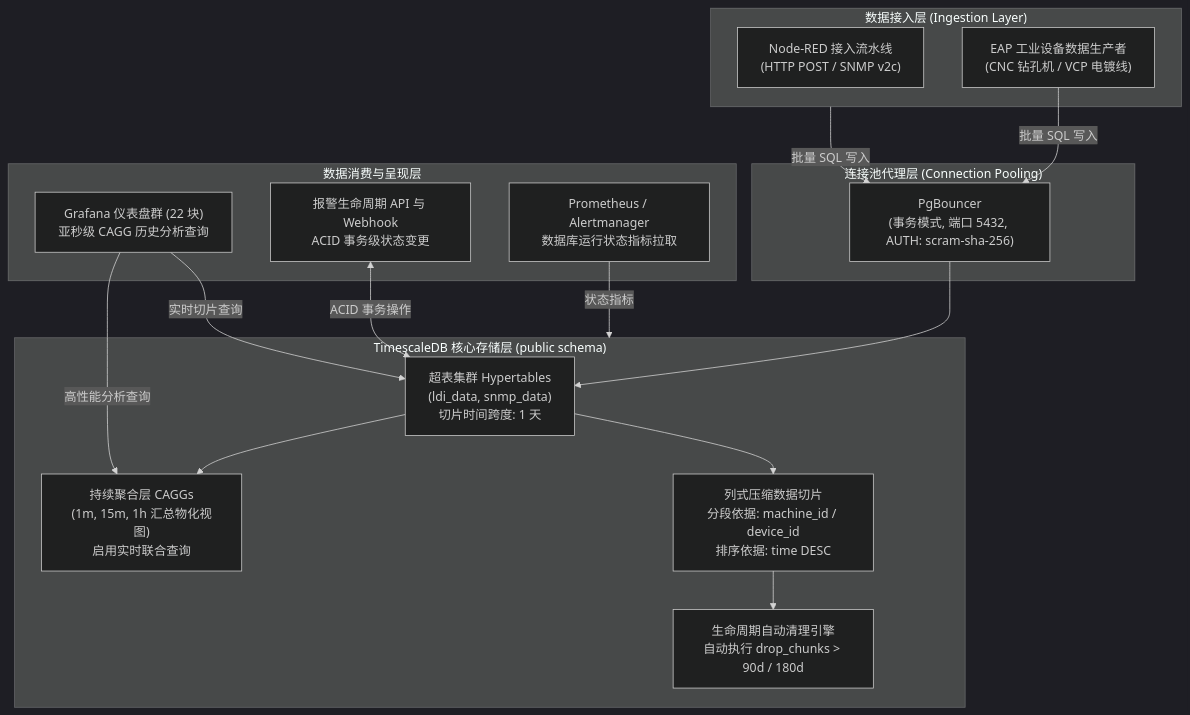
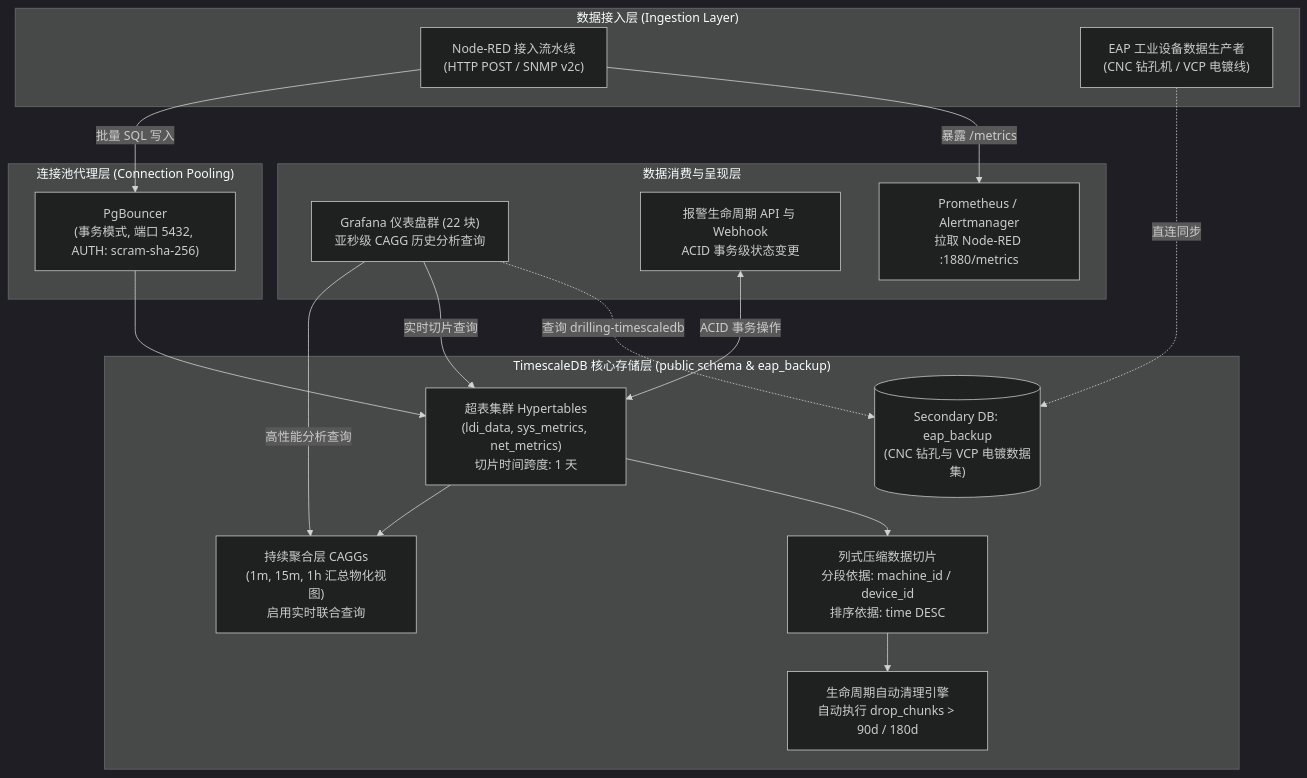
Before and after one commit to PATTANAKORN025/IMS: the diagram in zh-CN/docs/architecture/decisions/0002-timescaledb-for-timeseries.md, drawn with Mermaid (dark theme). The commit also changed 19 other files, not shown here.

First line of the commit message:
docs(architecture): eliminate phantom snmp_data and align diagrams with true schema

````diff
--- a/zh-CN/docs/architecture/decisions/0002-timescaledb-for-timeseries.md
+++ b/zh-CN/docs/architecture/decisions/0002-timescaledb-for-timeseries.md
@@ -82,48 +82,51 @@
 ```mermaid
 flowchart TD
   subgraph INGEST["数据接入层 (Ingestion Layer)"]
     NR["Node-RED 接入流水线
 (HTTP POST / SNMP v2c)"]
     EAP["EAP 工业设备数据生产者
 (CNC 钻孔机 / VCP 电镀线)"]
   end
 
   subgraph POOL["连接池代理层 (Connection Pooling)"]
     PGB["PgBouncer
 (事务模式, 端口 5432, AUTH: scram-sha-256)"]
   end
 
-  subgraph STORAGE["TimescaleDB 核心存储层 (public schema)"]
+  subgraph STORAGE["TimescaleDB 核心存储层 (public schema & eap_backup)"]
     HT["超表集群 Hypertables
-(ldi_data, snmp_data)
+(ldi_data, sys_metrics, net_metrics)
 切片时间跨度: 1 天"]
     CAGG["持续聚合层 CAGGs
 (1m, 15m, 1h 汇总物化视图)
 启用实时联合查询"]
     COMP["列式压缩数据切片
 分段依据: machine_id / device_id
 排序依据: time DESC"]
     RET["生命周期自动清理引擎
 自动执行 drop_chunks > 90d / 180d"]
+    EAP_DB[("Secondary DB: eap_backup
+(CNC 钻孔与 VCP 电镀数据集)")]
   end
 
   subgraph CLIENTS["数据消费与呈现层"]
     GRAF["Grafana 仪表盘群 (22 块)
 亚秒级 CAGG 历史分析查询"]
     ALARM["报警生命周期 API 与 Webhook
 ACID 事务级状态变更"]
     PROM["Prometheus / Alertmanager
-数据库运行状态指标拉取"]
+拉取 Node-RED :1880/metrics"]
   end
 
-  INGEST -->|批量 SQL 写入| PGB
-  EAP -->|批量 SQL 写入| PGB
+  NR -->|批量 SQL 写入| PGB
+  EAP -.->|直连同步| EAP_DB
   PGB --> HT
   HT --> CAGG
   HT --> COMP
   COMP --> RET
   GRAF -->|高性能分析查询| CAGG
   GRAF -->|实时切片查询| HT
+  GRAF -.->|查询 drilling-timescaledb| EAP_DB
   ALARM <-->|ACID 事务操作| HT
-  PROM -->|状态指标| STORAGE
+  NR -->|暴露 /metrics| PROM
 ```
````
